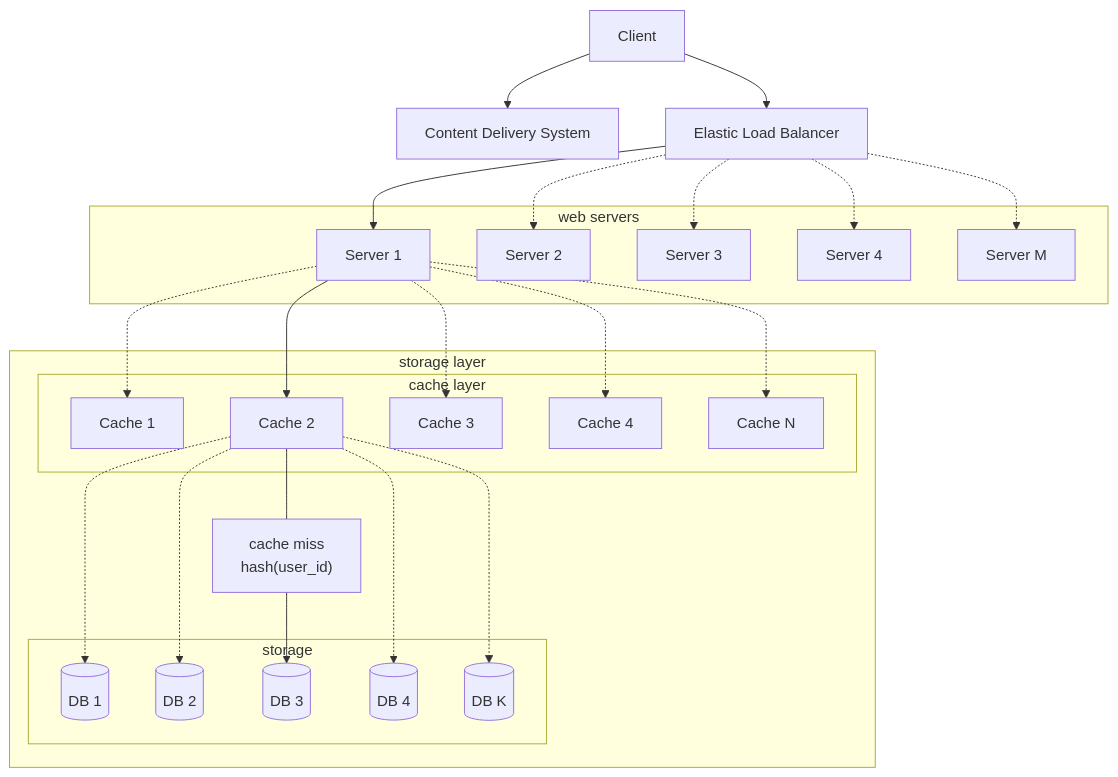
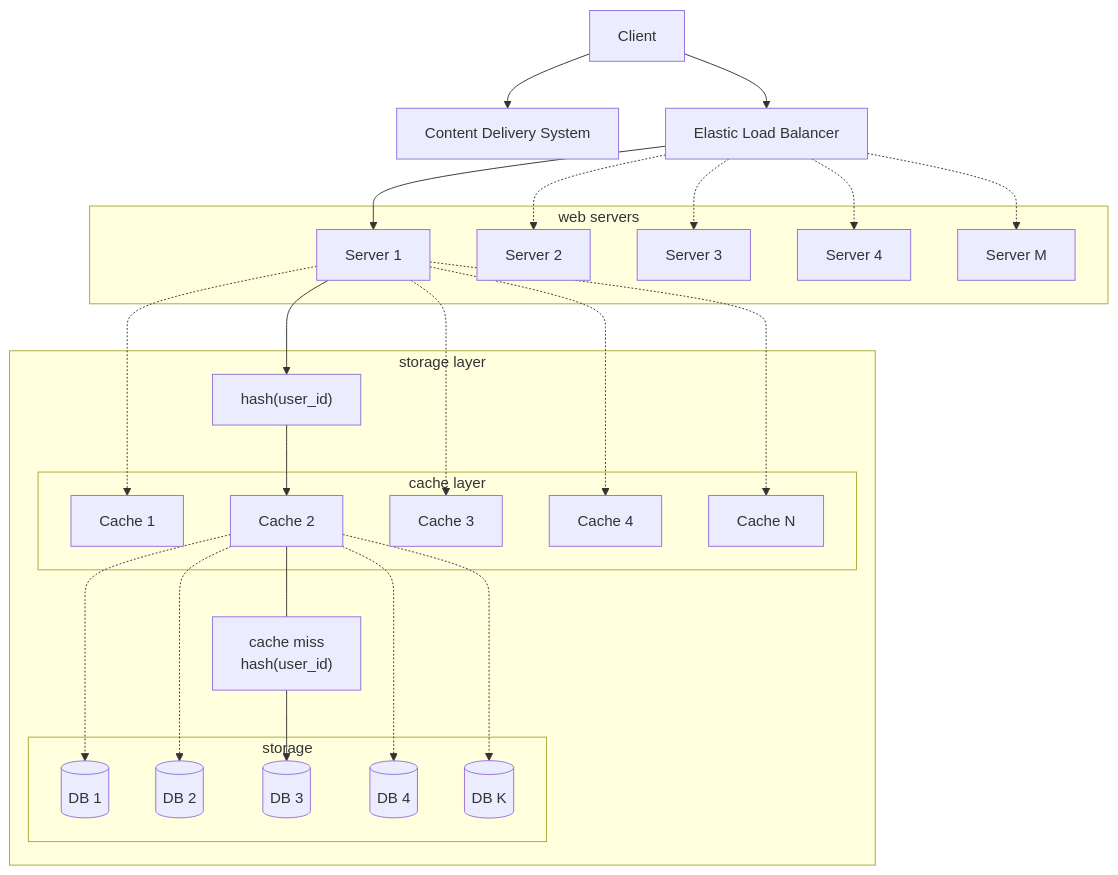
The second of 2 diagrams in documentation/consistent_hashing/README.md (pepemxl/system_design_notes), drawn with Mermaid before and after one commit. The commit also changed 3 other files, not shown here.

````diff
--- a/documentation/consistent_hashing/README.md
+++ b/documentation/consistent_hashing/README.md
@@ -109,49 +109,51 @@
 ```mermaid
 flowchart TD
     client["`Client`"]
     subgraph web servers
         server1["`Server 1`"]
         server2["`Server 2`"]
         server3["`Server 3`"]
         server4["`Server 4`"]
         serverM["`Server M`"]
     end
     cdn["Content Delivery System"]
     elb["Elastic Load Balancer"]
     client-->elb
     client-->cdn
     elb --> server1
     elb -.-> server2
     elb -.-> server3
     elb -.-> server4
     elb -.-> serverM
     subgraph storage layer
         subgraph cache layer
             cache1["`Cache 1`"]
             cache2["`Cache 2`"]
             cache3["`Cache 3`"]
             cache4["`Cache 4`"]
             cacheN["`Cache N`"]
         end
+        hash2["`hash(user_id)`"]
         server1 -.-> cache1
-        server1 --> cache2
+        server1 --> hash2
+        hash2 --> cache2
         server1 -.-> cache3
         server1 -.-> cache4
         server1 -.-> cacheN
         subgraph storage
             db1[("`DB 1`")]
             db2[("`DB 2`")]
             db3[("`DB 3`")]
             db4[("`DB 4`")]
             dbK[("`DB K`")]
         end
         hash["`cache miss
         hash(user_id)`"]
         cache2 -.-> db1
         cache2 -.-> db2
         cache2 --- hash 
         hash --> db3
         cache2 -.-> db4
         cache2 -.-> dbK
     end
 ```
````
